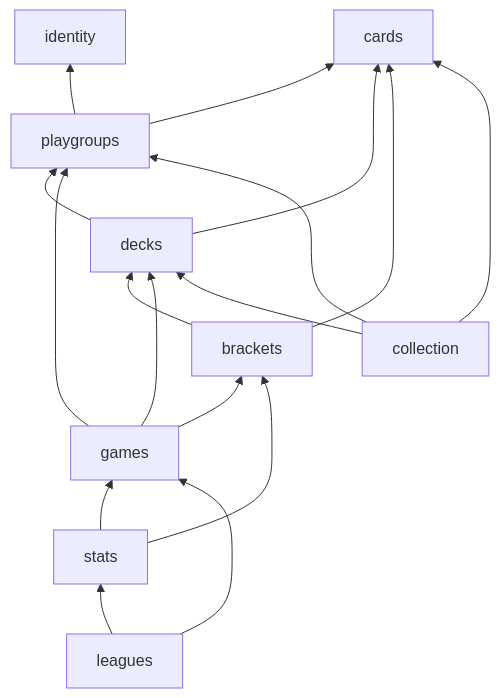
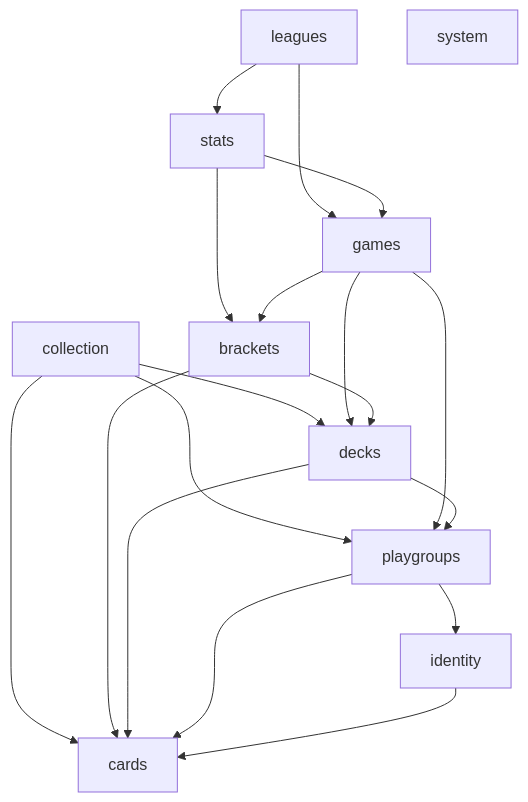
Before and after one commit to Rocket-Racoon/mtg-stats: the third of 5 diagrams in docs/architecture.md, drawn with Mermaid. The commit also changed other lines of this file and 11 other files, not shown here.

````diff
--- a/docs/architecture.md
+++ b/docs/architecture.md
@@ -99,21 +124,21 @@
 ```mermaid
-flowchart BT
-  identity
-  cards
-  playgroups --> identity
-  playgroups --> cards
-  decks --> cards
-  decks --> playgroups
-  brackets --> decks
-  brackets --> cards
-  games --> brackets
-  games --> decks
-  games --> playgroups
+flowchart TB
+  leagues --> stats
+  leagues --> games
   stats --> games
   stats --> brackets
   collection --> decks
   collection --> cards
   collection --> playgroups
-  leagues --> stats
-  leagues --> games
+  games --> brackets
+  games --> decks
+  games --> playgroups
+  brackets --> decks
+  brackets --> cards
+  decks --> playgroups
+  decks --> cards
+  playgroups --> identity
+  playgroups --> cards
+  identity --> cards
+  system
 ```
````
